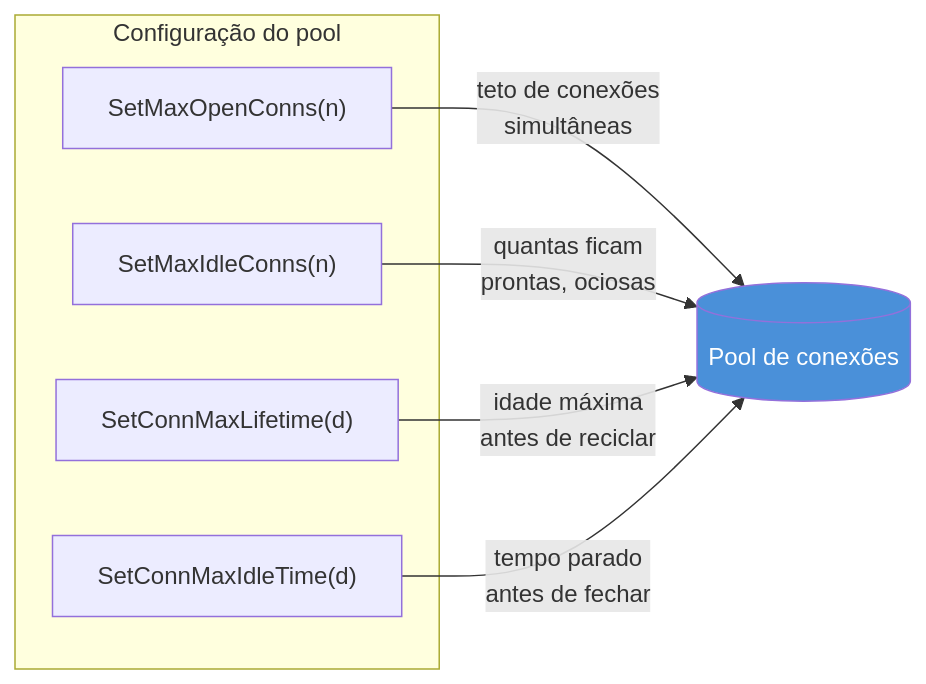
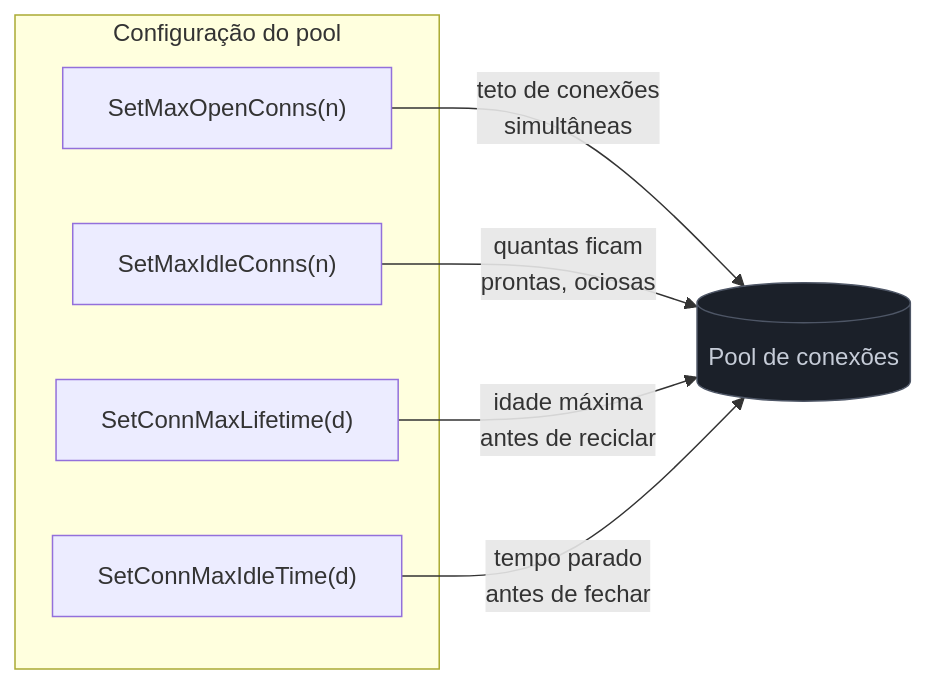
Before and after one commit to josenaldo/codex-technomanticus: the second of 2 diagrams in 03-Dominios/Tecnologia/Go/11 - Persistência/02 - Connection pool.md, drawn with Mermaid. The commit also changed other lines of this file and 1181 other files, not shown here.

First line of the commit message:
fix(diagramas): paleta do sistema no lugar de cor cravada no markdown

````diff
--- a/03-Dominios/Tecnologia/Go/11 - Persistência/02 - Connection pool.md
+++ b/03-Dominios/Tecnologia/Go/11 - Persistência/02 - Connection pool.md
@@ -72,18 +74,19 @@
 ```mermaid
 flowchart LR
+    classDef neutro fill:#1B2029,stroke:#4E5666,color:#C6CCD8
     subgraph Config["Configuração do pool"]
         A["SetMaxOpenConns(n)"]
         B["SetMaxIdleConns(n)"]
         C["SetConnMaxLifetime(d)"]
         D["SetConnMaxIdleTime(d)"]
     end
 
     A -->|"teto de conexões\nsimultâneas"| Pool
     B -->|"quantas ficam\nprontas, ociosas"| Pool
     C -->|"idade máxima\nantes de reciclar"| Pool
     D -->|"tempo parado\nantes de fechar"| Pool
 
     Pool[("Pool de conexões")]
 
-    style Pool fill:#4A90D9,color:#fff
+    class Pool neutro
 ```
````
